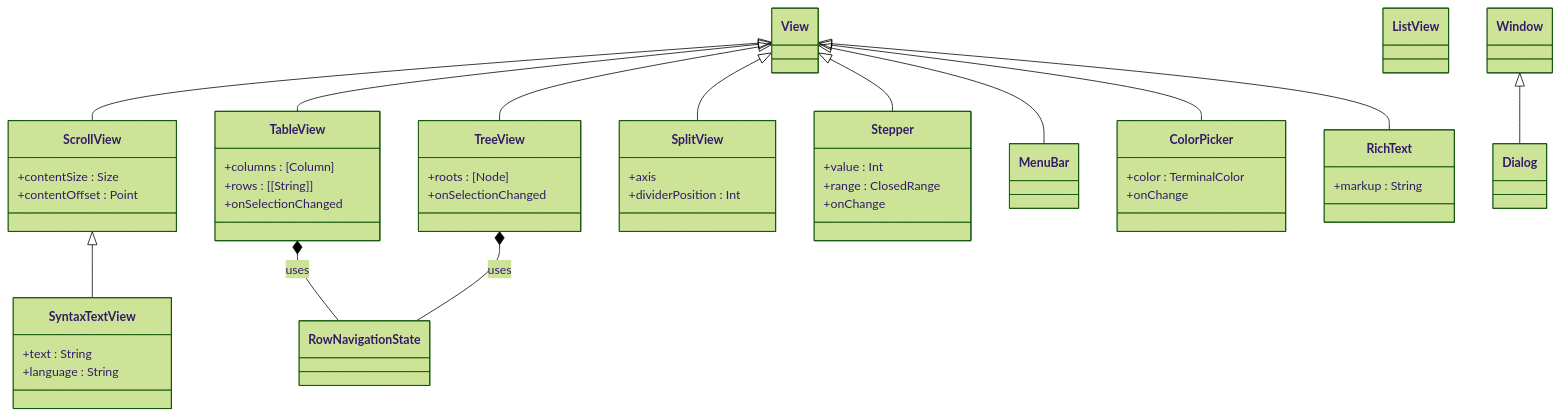
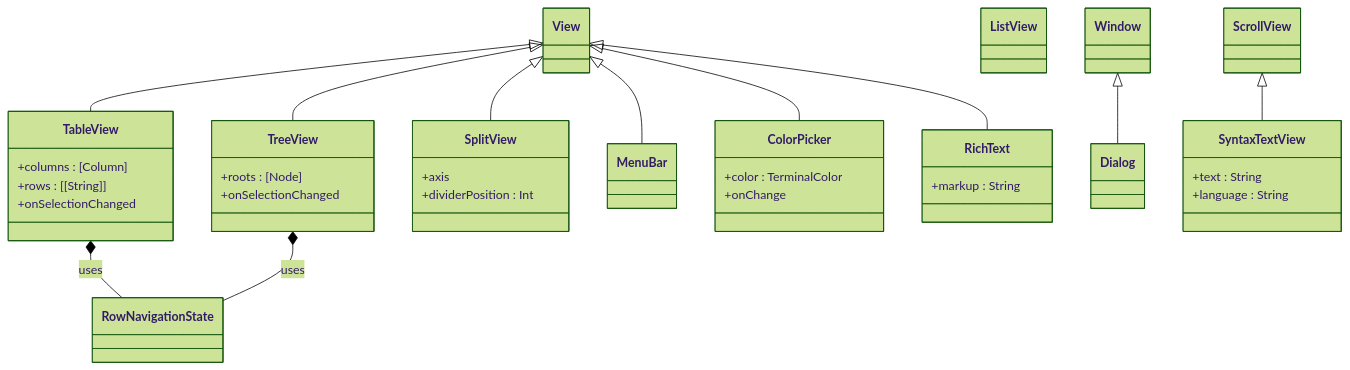
The second of 2 diagrams in Docs/ControlsUML.md (bobbyski/TUIKit), drawn with Mermaid (forest theme) before and after one commit. The commit also changed other lines of this file and 5 other files, not shown here.

````diff
--- a/Docs/ControlsUML.md
+++ b/Docs/ControlsUML.md
@@ -168,57 +189,47 @@
 ```mermaid
 classDiagram
     direction TB
 
     class View
     class ListView
     class RowNavigationState
 
-    class ScrollView {
-        +contentSize : Size
-        +contentOffset : Point
-    }
+    class ScrollView
     class TableView {
         +columns : [Column]
         +rows : [[String]]
         +onSelectionChanged
     }
     class TreeView {
         +roots : [Node]
         +onSelectionChanged
     }
     class SplitView {
         +axis
         +dividerPosition : Int
-    }
-    class Stepper {
-        +value : Int
-        +range : ClosedRange
-        +onChange
     }
     class MenuBar
     class Dialog
     class ColorPicker {
         +color : TerminalColor
         +onChange
     }
     class RichText {
         +markup : String
     }
     class SyntaxTextView {
         +text : String
         +language : String
     }
 
-    View <|-- ScrollView
     View <|-- TableView
     View <|-- TreeView
     View <|-- SplitView
-    View <|-- Stepper
     View <|-- MenuBar
     View <|-- ColorPicker
     View <|-- RichText
     ScrollView <|-- SyntaxTextView
     Window <|-- Dialog
     TableView *-- RowNavigationState : uses
     TreeView *-- RowNavigationState : uses
 ```
````
